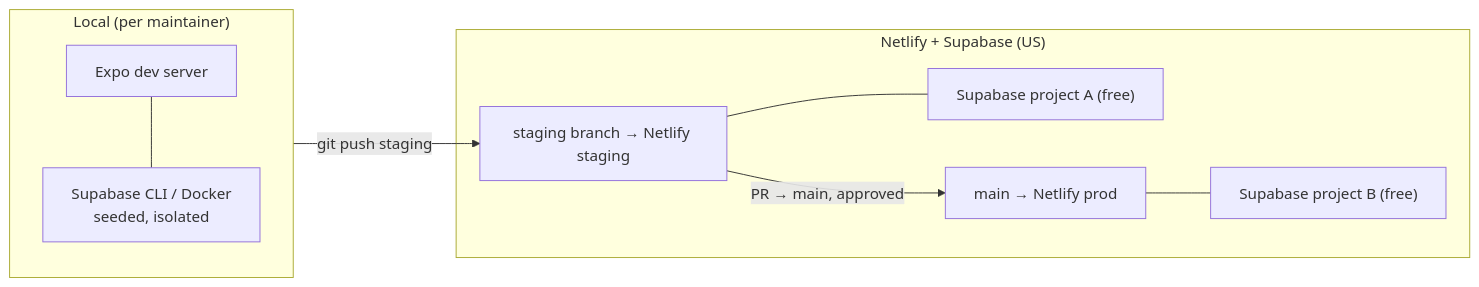
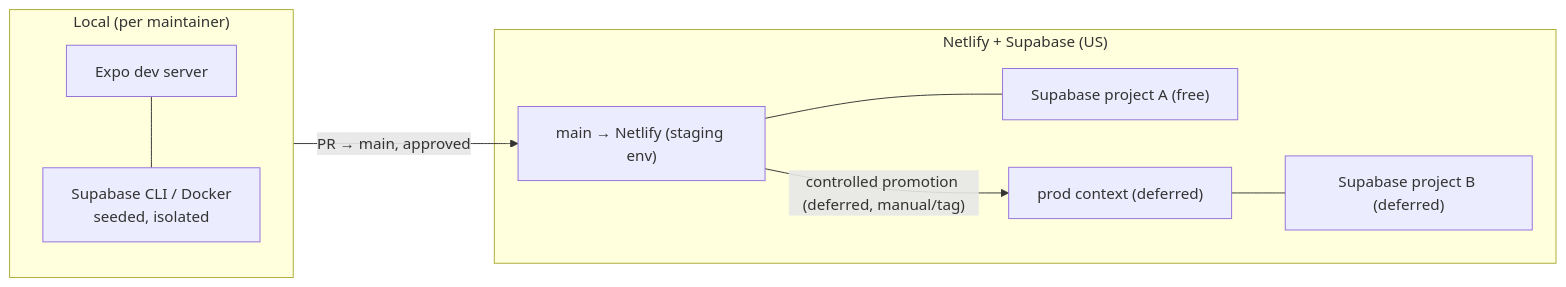
The fourth of 9 diagrams in .docs/3_ARCHITECTURE.md (cmdfw-bv/CMDFW-BalaVihar-App), drawn with Mermaid before and after one commit. The commit also changed other lines of this file and 12 other files, not shown here.

````diff
--- a/.docs/3_ARCHITECTURE.md
+++ b/.docs/3_ARCHITECTURE.md
@@ -280,12 +280,12 @@
 ```mermaid
 flowchart LR
     subgraph dev["Local (per maintainer)"]
         d1["Expo dev server"] --- d2["Supabase CLI / Docker<br/>seeded, isolated"]
     end
     subgraph cloud["Netlify + Supabase (US)"]
-        s1["staging branch → Netlify staging"] --- s2["Supabase project A (free)"]
-        p1["main → Netlify prod"] --- p2["Supabase project B (free)"]
+        s1["main → Netlify (staging env)"] --- s2["Supabase project A (free)"]
+        p1["prod context (deferred)"] --- p2["Supabase project B (deferred)"]
     end
-    dev -->|"git push staging"| s1
-    s1 -->|"PR → main, approved"| p1
+    dev -->|"PR → main, approved"| s1
+    s1 -->|"controlled promotion (deferred, manual/tag)"| p1
 ```
````
